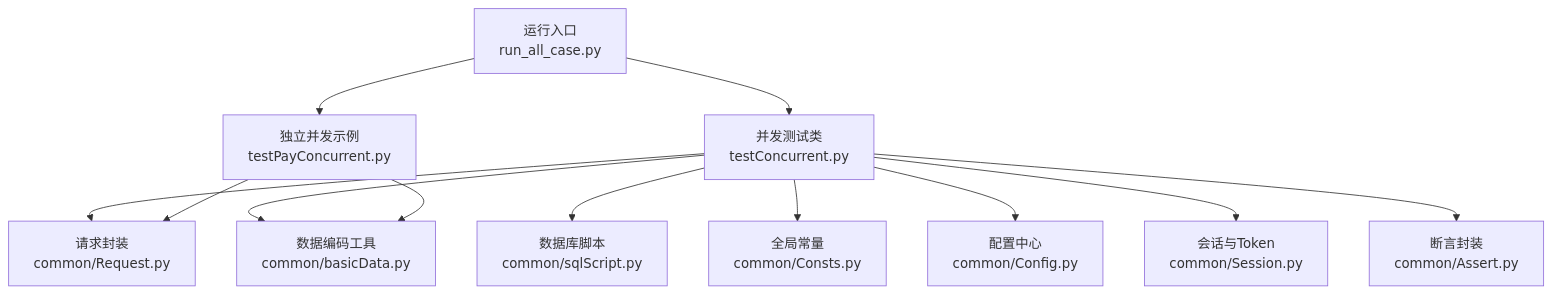
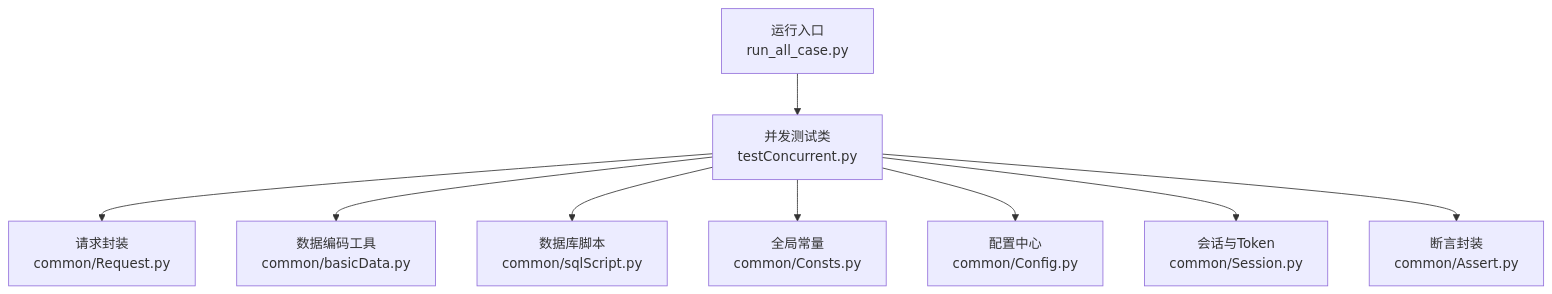
Before and after one commit to liximing1-ola/qa-payTest: the first of 7 diagrams in .qoder/repowiki/zh/content/高级功能测试/并发测试.md, drawn with Mermaid. The commit also changed other lines of this file and 6 other files, not shown here.

````diff
--- a/.qoder/repowiki/zh/content/高级功能测试/并发测试.md
+++ b/.qoder/repowiki/zh/content/高级功能测试/并发测试.md
@@ -47,14 +48,11 @@
 ```mermaid
 graph TB
 A["运行入口<br/>run_all_case.py"] --> B["并发测试类<br/>testConcurrent.py"]
-A --> C["独立并发示例<br/>testPayConcurrent.py"]
 B --> D["请求封装<br/>common/Request.py"]
 B --> E["数据编码工具<br/>common/basicData.py"]
 B --> F["数据库脚本<br/>common/sqlScript.py"]
 B --> G["全局常量<br/>common/Consts.py"]
 B --> H["配置中心<br/>common/Config.py"]
 B --> I["会话与Token<br/>common/Session.py"]
 B --> J["断言封装<br/>common/Assert.py"]
-C --> D
-C --> E
 ```
````
